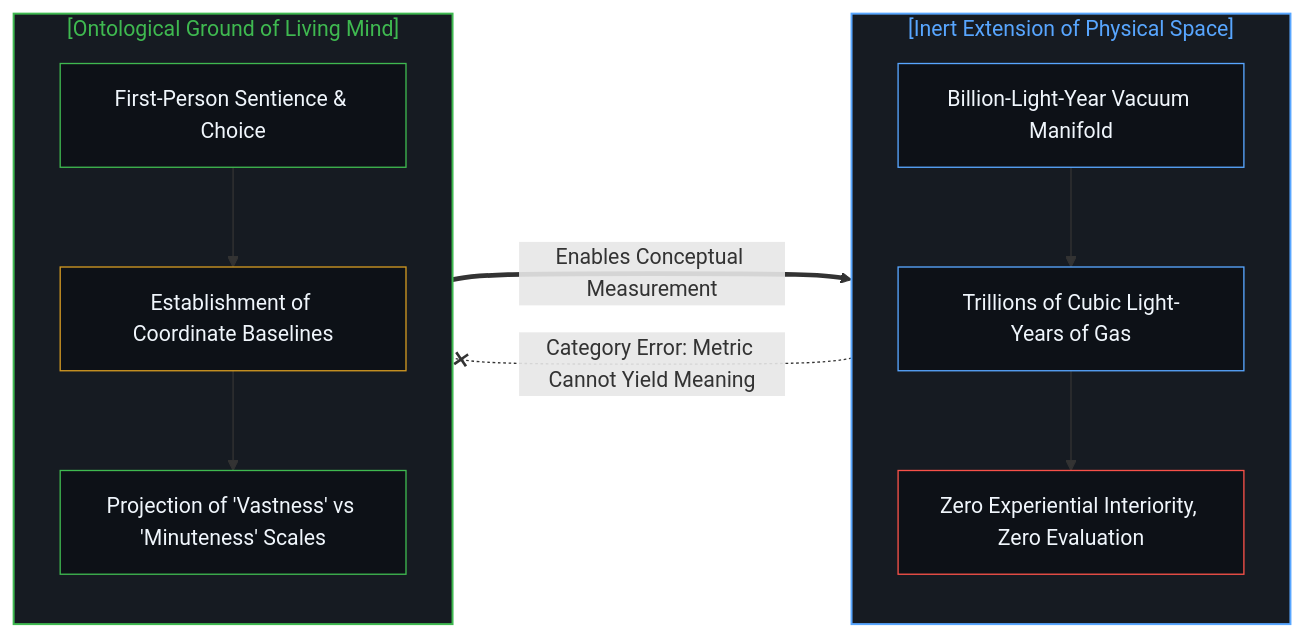
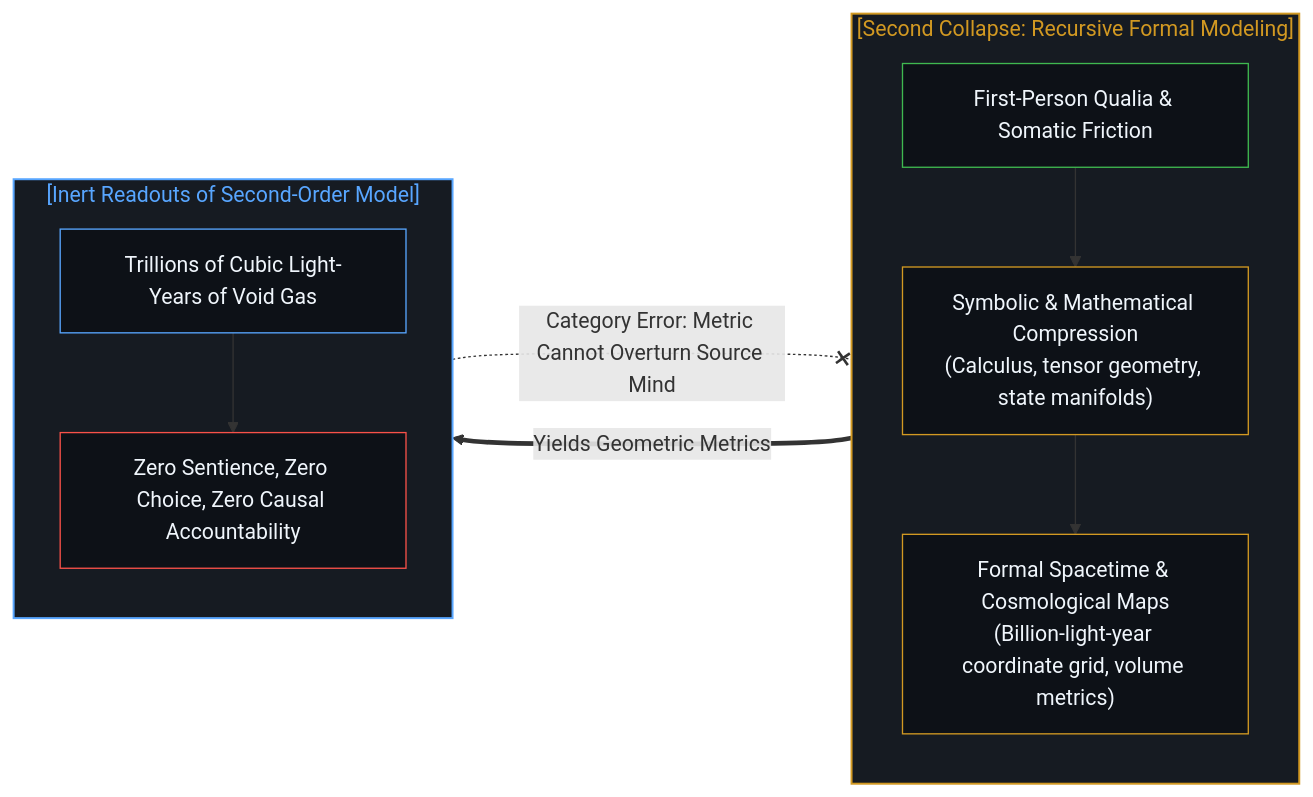
Before and after one commit to powerpig99/not-a-toe: the fourth of 8 diagrams in content/posts/one-cannot-escape-ones-own-mind.md, drawn with Mermaid. The commit also changed other lines of this file and 2 other files, not shown here.

Commit message:
Enhance Post #332: Integrate two-fold dimensional collapse and historical modeling inversion

````diff
--- a/content/posts/one-cannot-escape-ones-own-mind.md
+++ b/content/posts/one-cannot-escape-ones-own-mind.md
@@ -102,26 +114,24 @@
 ```mermaid
 flowchart LR
-    subgraph S_InertSpace_EN ["[Inert Extension of Physical Space]"]
+    subgraph S_SecondCollapse_EN ["[Second Collapse: Recursive Formal Modeling]"]
         direction TB
-        VE1["Billion-Light-Year Vacuum Manifold"] --> VE2["Trillions of Cubic Light-Years of Gas"]
-        VE2 --> VE3["Zero Experiential Interiority, Zero Evaluation"]
+        ME2["First-Person Qualia & Somatic Friction"] --> FE1["Symbolic & Mathematical Compression<br/>(Calculus, tensor geometry, state manifolds)"]
+        FE1 --> FE2["Formal Spacetime & Cosmological Maps<br/>(Billion-light-year coordinate grid, volume metrics)"]
     end
 
-    subgraph S_LivingMind_EN ["[Ontological Ground of Living Mind]"]
+    subgraph S_InertExtension_EN ["[Inert Readouts of Second-Order Model]"]
         direction TB
-        ME1["First-Person Sentience & Choice"] --> ME2["Establishment of Coordinate Baselines"]
-        ME2 --> ME3["Projection of 'Vastness' vs 'Minuteness' Scales"]
+        VE1["Trillions of Cubic Light-Years of Void Gas"] --> VE2["Zero Sentience, Zero Choice, Zero Causal Accountability"]
     end
 
-    ME3 ===>|"Enables Conceptual Measurement"| VE1
-    VE3 -.-x|"Category Error: Metric Cannot Yield Meaning"| ME1
+    FE2 ===>|"Yields Geometric Metrics"| VE1
+    VE2 -.-x|"Category Error: Metric Cannot Overturn Source Mind"| ME2
 
-    style S_InertSpace_EN fill:#161b22,stroke:#58a6ff,stroke-width:1.5px,color:#58a6ff
-    style S_LivingMind_EN fill:#161b22,stroke:#3fb950,stroke-width:1.5px,color:#3fb950
+    style S_SecondCollapse_EN fill:#161b22,stroke:#d29922,stroke-width:1.5px,color:#d29922
+    style S_InertExtension_EN fill:#161b22,stroke:#58a6ff,stroke-width:1.5px,color:#58a6ff
+    style ME2 fill:#0d1117,stroke:#3fb950,stroke-width:1px,color:#f0f6fc
+    style FE1 fill:#0d1117,stroke:#d29922,stroke-width:1px,color:#f0f6fc
+    style FE2 fill:#0d1117,stroke:#d29922,stroke-width:1px,color:#f0f6fc
     style VE1 fill:#0d1117,stroke:#58a6ff,stroke-width:1px,color:#f0f6fc
-    style VE2 fill:#0d1117,stroke:#58a6ff,stroke-width:1px,color:#f0f6fc
-    style VE3 fill:#0d1117,stroke:#f85149,stroke-width:1px,color:#f0f6fc
-    style ME1 fill:#0d1117,stroke:#3fb950,stroke-width:1px,color:#f0f6fc
-    style ME2 fill:#0d1117,stroke:#d29922,stroke-width:1px,color:#f0f6fc
-    style ME3 fill:#0d1117,stroke:#3fb950,stroke-width:1px,color:#f0f6fc
+    style VE2 fill:#0d1117,stroke:#f85149,stroke-width:1px,color:#f0f6fc
 ```
````
